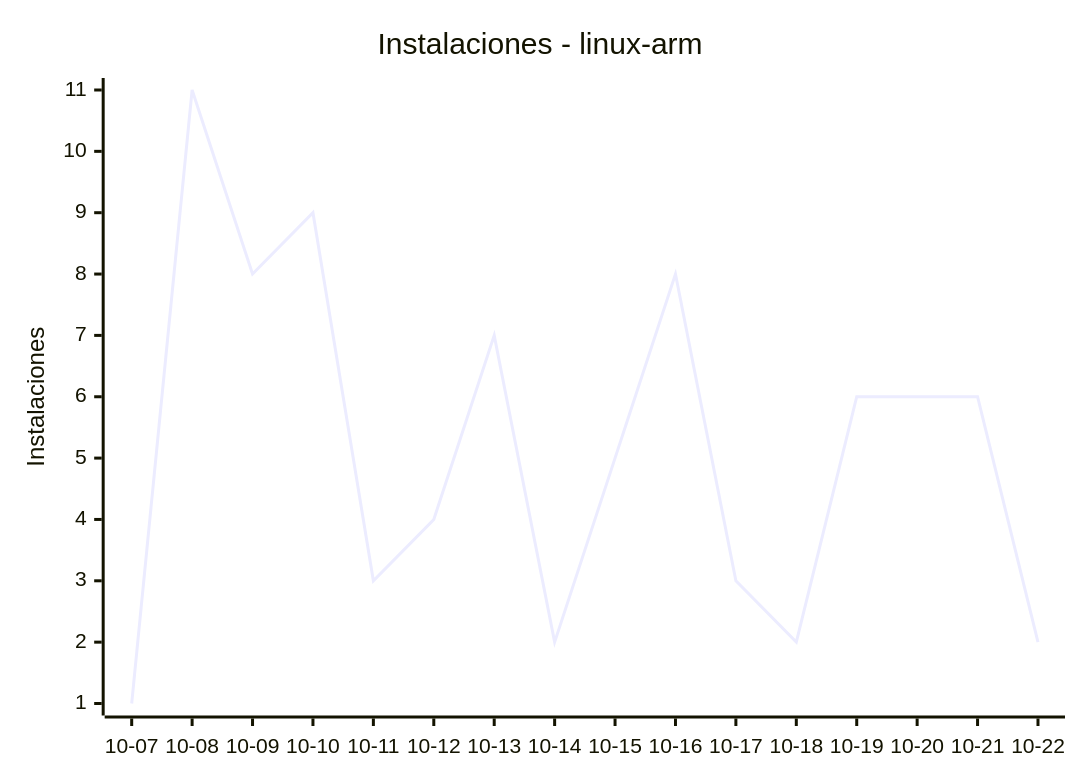
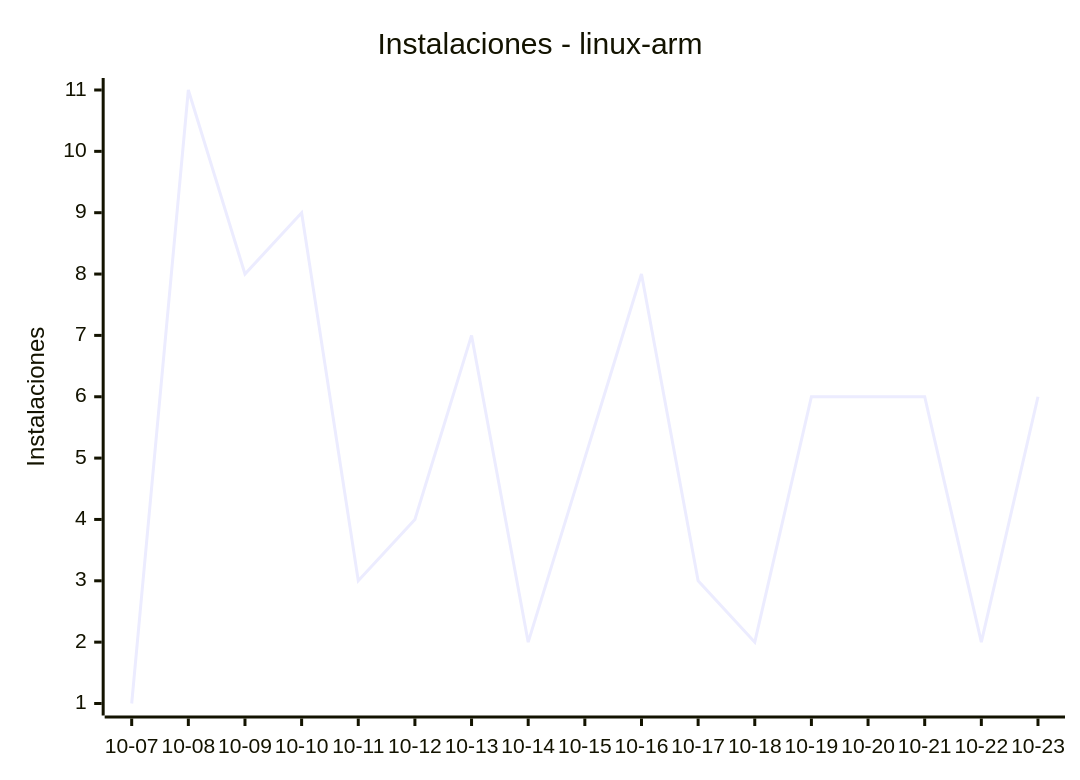
One commit to EmuDeck/stats changed the sixth of 9 diagrams in README.md. Above: the diagram before and after it, drawn with Mermaid. The commit also changed other lines of this file and 2 other files, not shown here.

````diff
--- a/README.md
+++ b/README.md
@@ -68,7 +68,7 @@
 ```mermaid
 xychart-beta
     title "Instalaciones - linux-arm"
-    x-axis ["10-07", "10-08", "10-09", "10-10", "10-11", "10-12", "10-13", "10-14", "10-15", "10-16", "10-17", "10-18", "10-19", "10-20", "10-21", "10-22"]
+    x-axis ["10-07", "10-08", "10-09", "10-10", "10-11", "10-12", "10-13", "10-14", "10-15", "10-16", "10-17", "10-18", "10-19", "10-20", "10-21", "10-22", "10-23"]
     y-axis "Instalaciones"
-    line [1, 11, 8, 9, 3, 4, 7, 2, 5, 8, 3, 2, 6, 6, 6, 2]
+    line [1, 11, 8, 9, 3, 4, 7, 2, 5, 8, 3, 2, 6, 6, 6, 2, 6]
 ```
````
